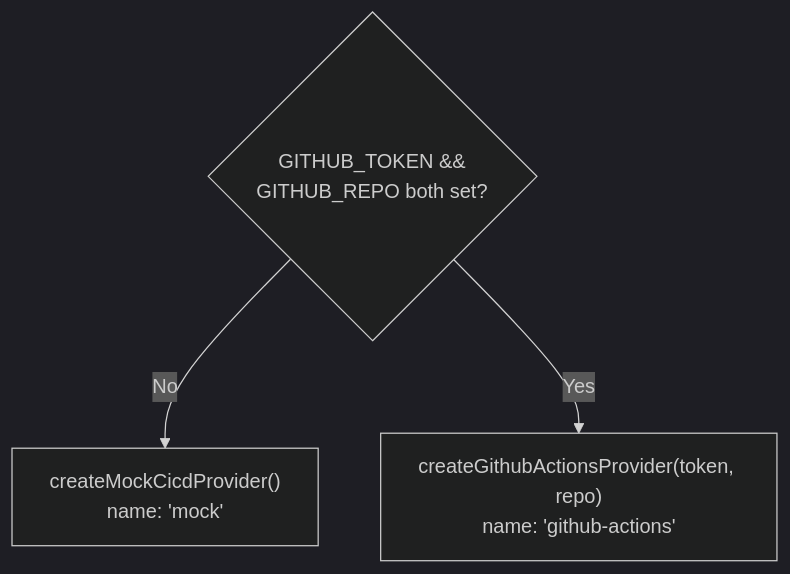
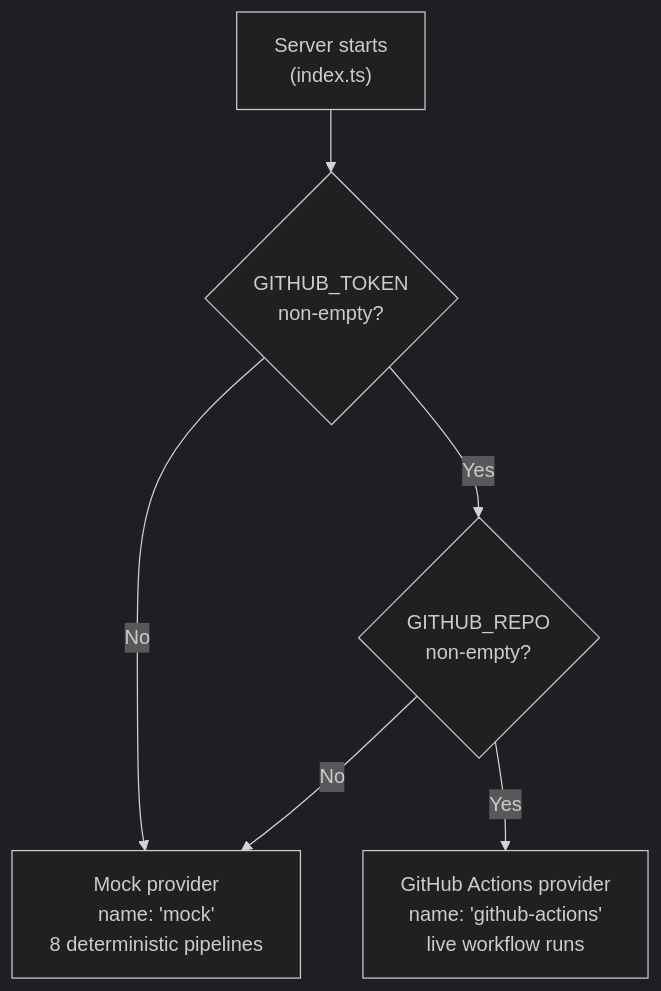
The diagram in docs-site/src/content/docs/backend/cicd-integration.md (Gunashekharp/sdlc-sample-worflow), drawn with Mermaid (dark theme) before and after one commit. The commit also changed other lines of this file and 52 other files, not shown here.

````diff
--- a/docs-site/src/content/docs/backend/cicd-integration.md
+++ b/docs-site/src/content/docs/backend/cicd-integration.md
@@ -24,8 +18,14 @@
 ```mermaid
 flowchart TD
-  env{"GITHUB_TOKEN &&\nGITHUB_REPO both set?"}
-  mock["createMockCicdProvider()\nname: 'mock'"]
-  live["createGithubActionsProvider(token, repo)\nname: 'github-actions'"]
-  env -->|No| mock
-  env -->|Yes| live
+    Start["Server starts\n(index.ts)"]
+    Token{"GITHUB_TOKEN\nnon-empty?"}
+    Repo{"GITHUB_REPO\nnon-empty?"}
+    Mock["Mock provider\nname: 'mock'\n8 deterministic pipelines"]
+    Live["GitHub Actions provider\nname: 'github-actions'\nlive workflow runs"]
+
+    Start --> Token
+    Token -->|No| Mock
+    Token -->|Yes| Repo
+    Repo -->|No| Mock
+    Repo -->|Yes| Live
 ```
````
